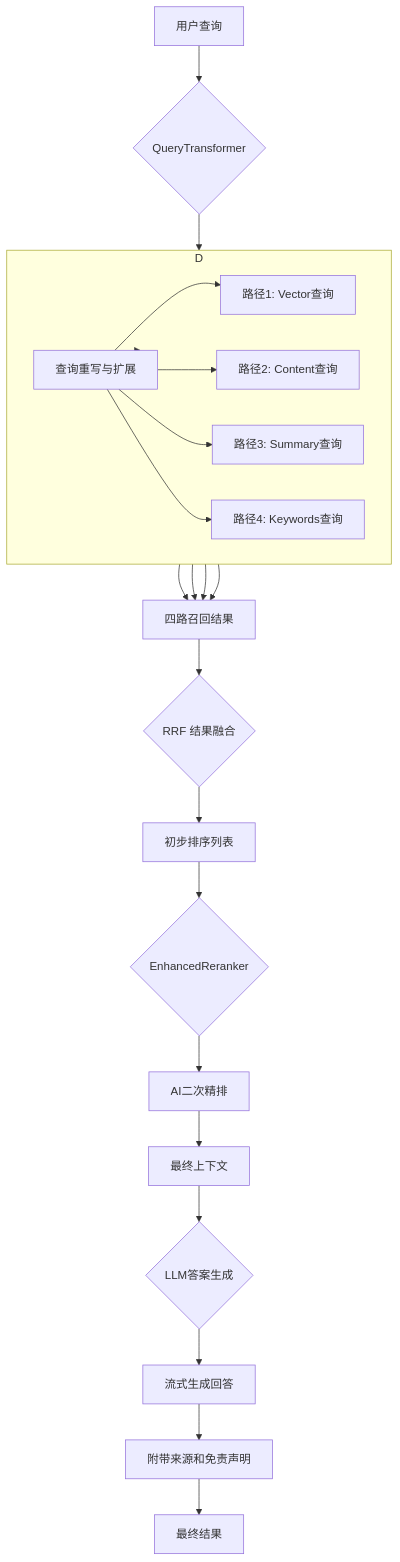
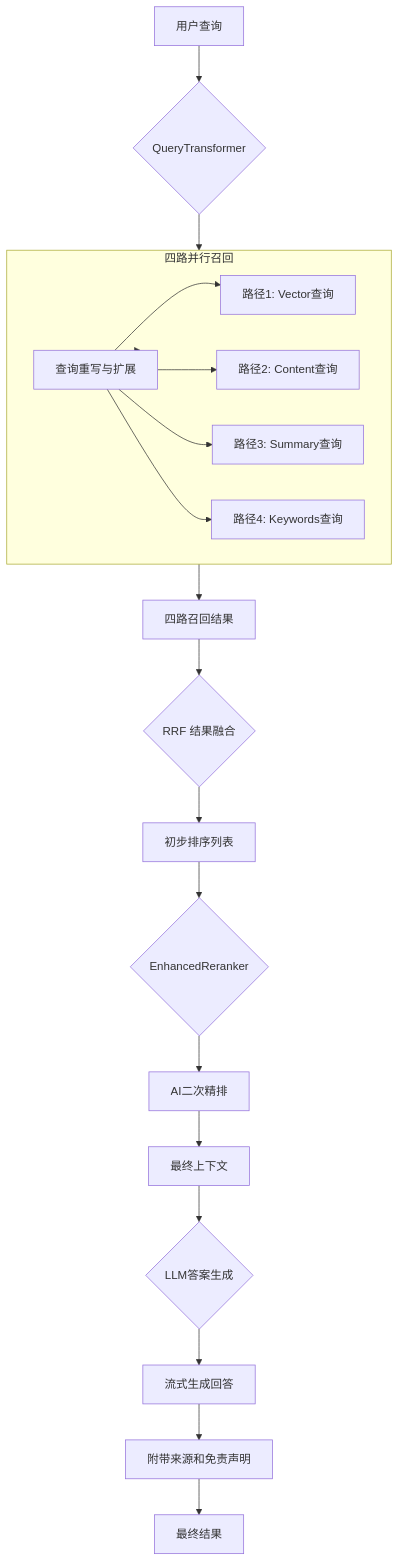
Before and after one commit to hqzhon/smart-rag: the second of 2 diagrams in docs/architecture.md, drawn with Mermaid. The commit also changed other lines of this file, not shown here.

````diff
--- a/docs/architecture.md
+++ b/docs/architecture.md
@@ -44,23 +44,23 @@
 ```mermaid
 flowchart TD
     A[用户查询] --> B{QueryTransformer};
     B --> C[查询重写与扩展];
     C --> D{AdvancedFusionRetriever};
-    subgraph D
+    subgraph D [四路并行召回]
         direction LR
         C --> D1[路径1: Vector查询];
         C --> D2[路径2: Content查询];
         C --> D3[路径3: Summary查询];
         C --> D4[路径4: Keywords查询];
     end
-    D1 & D2 & D3 & D4 --> E[四路召回结果];
+    D --> E[四路召回结果];
     E --> F{RRF 结果融合};
     F --> G[初步排序列表];
     G --> H{EnhancedReranker};
     H --> I[AI二次精排];
     I --> J[最终上下文];
     J --> K{LLM答案生成};
     K --> L[流式生成回答];
     L --> M[附带来源和免责声明];
     M --> N[最终结果];
 ```
````
